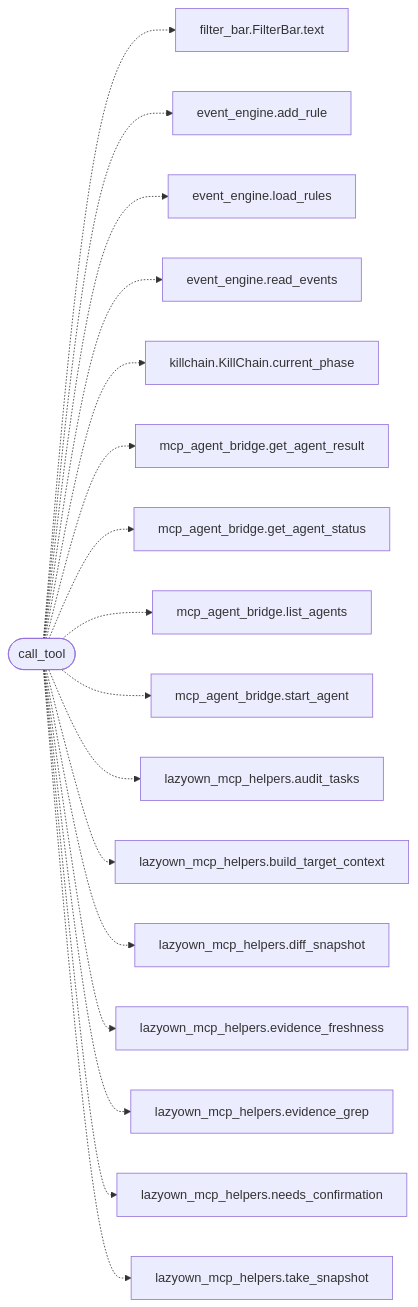
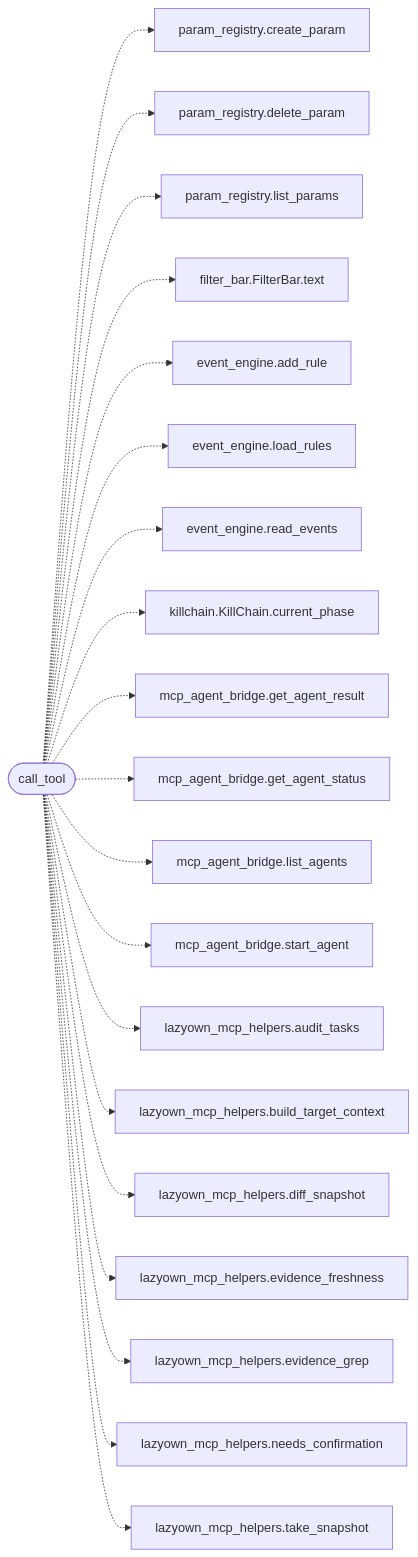
Before and after one commit to grisuno/LazyOwn: the diagram in readmenator-apidocs/modules/skills.lazyown_mcp.py.md, drawn with Mermaid. The commit also changed other lines of this file and 258 other files, not shown here.

````diff
--- a/readmenator-apidocs/modules/skills.lazyown_mcp.py.md
+++ b/readmenator-apidocs/modules/skills.lazyown_mcp.py.md
@@ -26,36 +26,42 @@
 ```mermaid
 flowchart LR
     n_skills_lazyown_mcp_py__call_tool(["call_tool"])
+    n_core_param_registry_py__create_param["param_registry.create_param"]
+    n_core_param_registry_py__delete_param["param_registry.delete_param"]
+    n_core_param_registry_py__list_params["param_registry.list_params"]
     n_lazygui_widgets_filter_bar_py__FilterBar_text["filter_bar.FilterBar.text"]
     n_modules_event_engine_py__add_rule["event_engine.add_rule"]
     n_modules_event_engine_py__load_rules["event_engine.load_rules"]
     n_modules_event_engine_py__read_events["event_engine.read_events"]
     n_modules_killchain_py__KillChain_current_phase["killchain.KillChain.current_phase"]
     n_modules_mcp_agent_bridge_py__get_agent_result["mcp_agent_bridge.get_agent_result"]
     n_modules_mcp_agent_bridge_py__get_agent_status["mcp_agent_bridge.get_agent_status"]
     n_modules_mcp_agent_bridge_py__list_agents["mcp_agent_bridge.list_agents"]
     n_modules_mcp_agent_bridge_py__start_agent["mcp_agent_bridge.start_agent"]
     n_skills_lazyown_mcp_helpers_py__audit_tasks["lazyown_mcp_helpers.audit_tasks"]
     n_skills_lazyown_mcp_helpers_py__build_target_context["lazyown_mcp_helpers.build_target_context"]
     n_skills_lazyown_mcp_helpers_py__diff_snapshot["lazyown_mcp_helpers.diff_snapshot"]
     n_skills_lazyown_mcp_helpers_py__evidence_freshness["lazyown_mcp_helpers.evidence_freshness"]
     n_skills_lazyown_mcp_helpers_py__evidence_grep["lazyown_mcp_helpers.evidence_grep"]
     n_skills_lazyown_mcp_helpers_py__needs_confirmation["lazyown_mcp_helpers.needs_confirmation"]
     n_skills_lazyown_mcp_helpers_py__take_snapshot["lazyown_mcp_helpers.take_snapshot"]
+    n_skills_lazyown_mcp_py__call_tool -.-> n_core_param_registry_py__create_param
+    n_skills_lazyown_mcp_py__call_tool -.-> n_core_param_registry_py__delete_param
+    n_skills_lazyown_mcp_py__call_tool -.-> n_core_param_registry_py__list_params
     n_skills_lazyown_mcp_py__call_tool -.-> n_lazygui_widgets_filter_bar_py__FilterBar_text
     n_skills_lazyown_mcp_py__call_tool -.-> n_modules_event_engine_py__add_rule
     n_skills_lazyown_mcp_py__call_tool -.-> n_modules_event_engine_py__load_rules
     n_skills_lazyown_mcp_py__call_tool -.-> n_modules_event_engine_py__read_events
     n_skills_lazyown_mcp_py__call_tool -.-> n_modules_killchain_py__KillChain_current_phase
     n_skills_lazyown_mcp_py__call_tool -.-> n_modules_mcp_agent_bridge_py__get_agent_result
     n_skills_lazyown_mcp_py__call_tool -.-> n_modules_mcp_agent_bridge_py__get_agent_status
     n_skills_lazyown_mcp_py__call_tool -.-> n_modules_mcp_agent_bridge_py__list_agents
     n_skills_lazyown_mcp_py__call_tool -.-> n_modules_mcp_agent_bridge_py__start_agent
     n_skills_lazyown_mcp_py__call_tool -.-> n_skills_lazyown_mcp_helpers_py__audit_tasks
     n_skills_lazyown_mcp_py__call_tool -.-> n_skills_lazyown_mcp_helpers_py__build_target_context
     n_skills_lazyown_mcp_py__call_tool -.-> n_skills_lazyown_mcp_helpers_py__diff_snapshot
     n_skills_lazyown_mcp_py__call_tool -.-> n_skills_lazyown_mcp_helpers_py__evidence_freshness
     n_skills_lazyown_mcp_py__call_tool -.-> n_skills_lazyown_mcp_helpers_py__evidence_grep
     n_skills_lazyown_mcp_py__call_tool -.-> n_skills_lazyown_mcp_helpers_py__needs_confirmation
     n_skills_lazyown_mcp_py__call_tool -.-> n_skills_lazyown_mcp_helpers_py__take_snapshot
 ```
````
